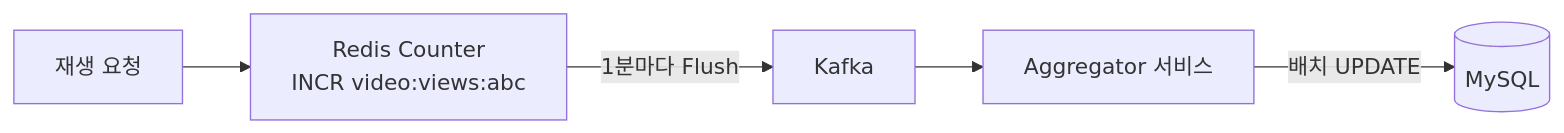
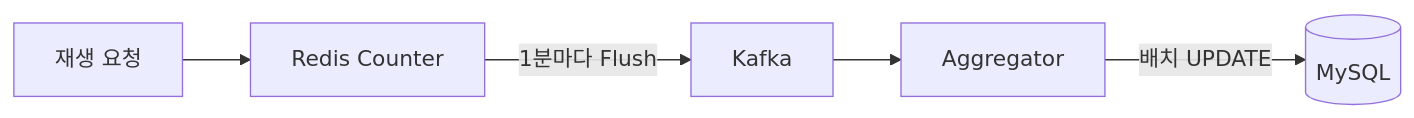
The seventh of 12 diagrams in _posts/systemdesign/2026-05-03-system-design-video-streaming.md (yjkim2015/yjkim2015.github.io), drawn with Mermaid before and after one commit. The commit also changed other lines of this file and 245 other files, not shown here.

First line of the commit message:
Mermaid 다이어그램 전면 수정 + 면접 포인트 접기/펼치기 + DB 데드락 페이지

````diff
--- a/_posts/systemdesign/2026-05-03-system-design-video-streaming.md
+++ b/_posts/systemdesign/2026-05-03-system-design-video-streaming.md
@@ -521,7 +521,7 @@
 ```mermaid
 graph LR
-    REQ[재생 요청] --> RD[Redis Counter<br/>INCR video:views:abc]
+    REQ[재생 요청] --> RD[Redis Counter]
     RD -->|1분마다 Flush| KF[Kafka]
-    KF --> AGG[Aggregator 서비스]
+    KF --> AGG[Aggregator]
     AGG -->|배치 UPDATE| DB[(MySQL)]
 ```
````
